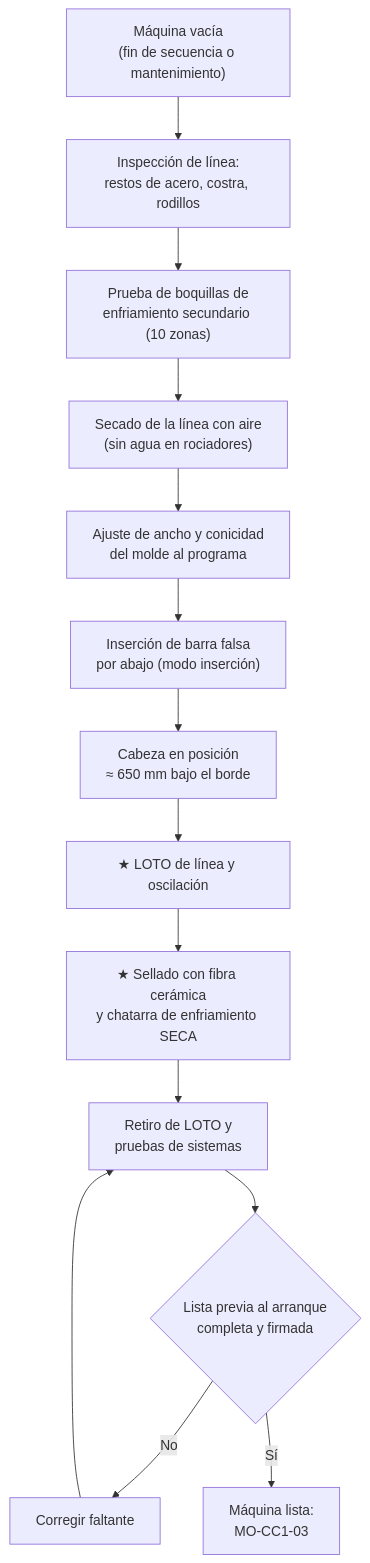
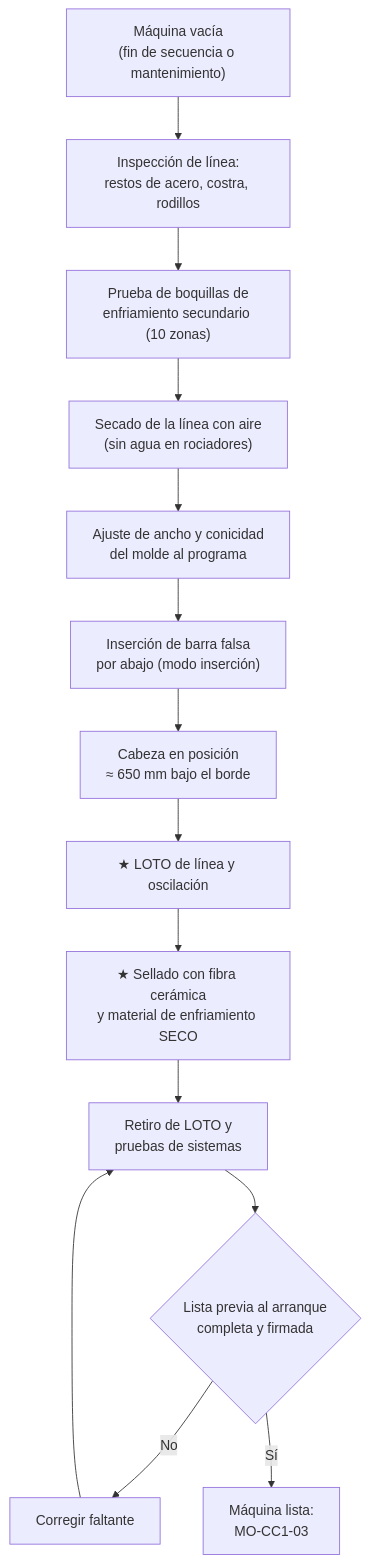
Before and after one commit to diegocardonaguzman03-maker/HR: the diagram in 10-plantas/01-steelmaking/02-operacion/cc1/MO-CC1-02-insercion-sellado-barra-falsa.md, drawn with Mermaid. The commit also changed other lines of this file and 33 other files, not shown here.

````diff
--- a/10-plantas/01-steelmaking/02-operacion/cc1/MO-CC1-02-insercion-sellado-barra-falsa.md
+++ b/10-plantas/01-steelmaking/02-operacion/cc1/MO-CC1-02-insercion-sellado-barra-falsa.md
@@ -34,15 +34,15 @@
 ```mermaid
 flowchart TD
     A["Máquina vacía<br/>(fin de secuencia o mantenimiento)"] --> B["Inspección de línea:<br/>restos de acero, costra, rodillos"]
     B --> C["Prueba de boquillas de<br/>enfriamiento secundario (10 zonas)"]
     C --> D["Secado de la línea con aire<br/>(sin agua en rociadores)"]
     D --> E["Ajuste de ancho y conicidad<br/>del molde al programa"]
     E --> F["Inserción de barra falsa<br/>por abajo (modo inserción)"]
     F --> G["Cabeza en posición<br/>≈ 650 mm bajo el borde"]
     G --> H["★ LOTO de línea y oscilación"]
-    H --> I["★ Sellado con fibra cerámica<br/>y chatarra de enfriamiento SECA"]
+    H --> I["★ Sellado con fibra cerámica<br/>y material de enfriamiento SECO"]
     I --> J["Retiro de LOTO y<br/>pruebas de sistemas"]
     J --> K{"Lista previa al arranque<br/>completa y firmada"}
     K -- "No" --> L["Corregir faltante"] --> J
     K -- "Sí" --> M["Máquina lista:<br/>MO-CC1-03"]
 ```
````
